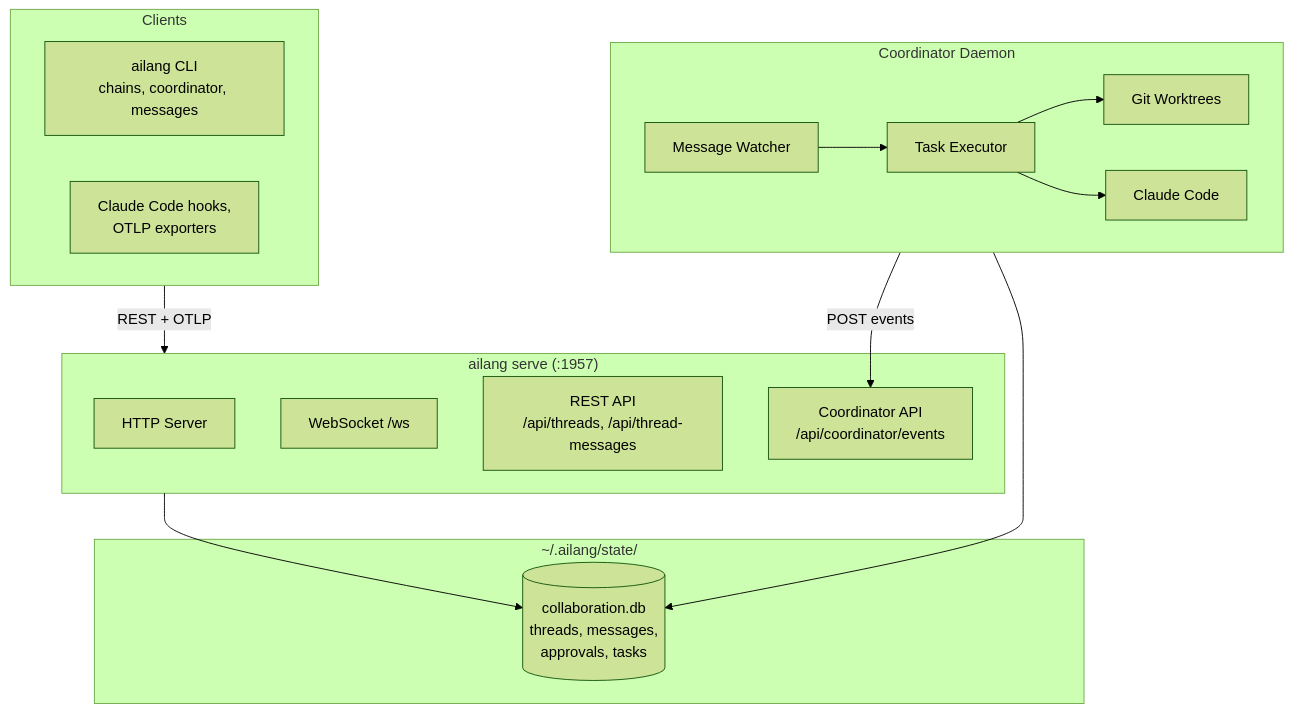
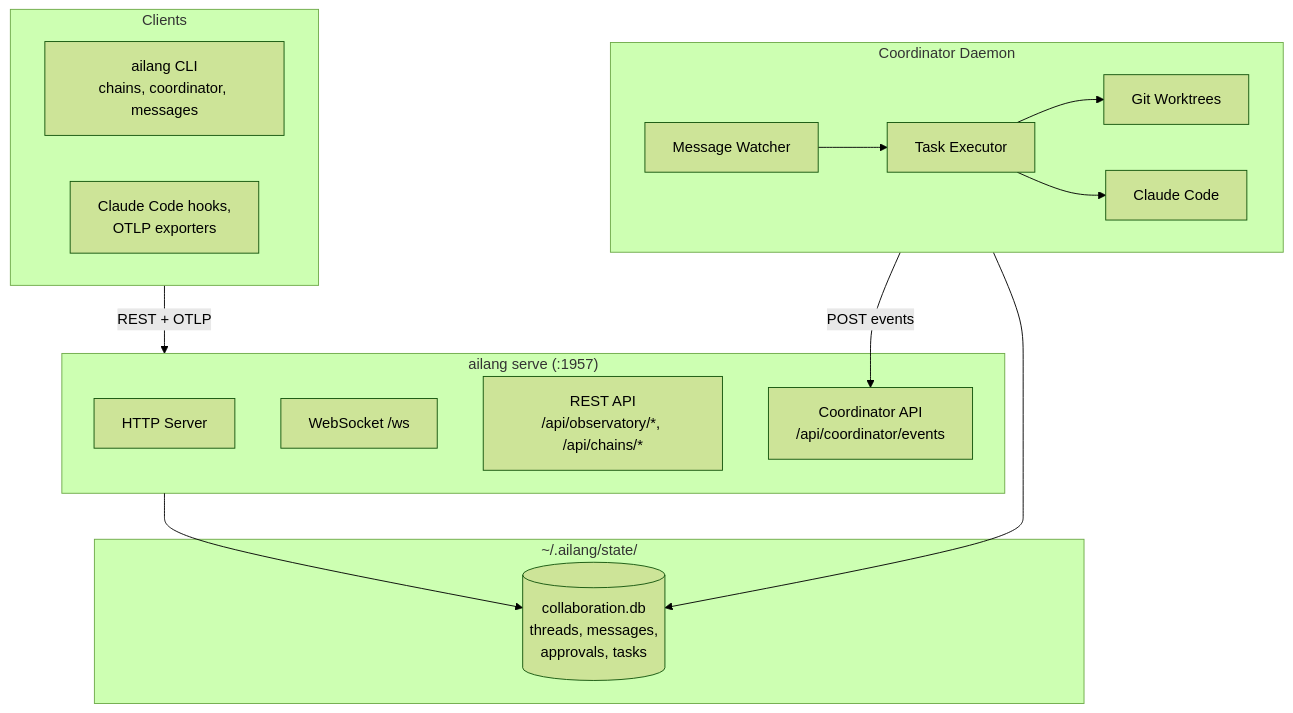
Before and after one commit to sunholo-data/ailang: the diagram in docs/docs/guides/collaboration-hub.md, drawn with Mermaid (forest theme). The commit also changed other lines of this file and 50 other files, not shown here.

````diff
--- a/docs/docs/guides/collaboration-hub.md
+++ b/docs/docs/guides/collaboration-hub.md
@@ -112,33 +112,33 @@
 ```mermaid
 flowchart TB
     subgraph Clients["Clients"]
         CLI["ailang CLI<br/>chains, coordinator, messages"]
         Hooks["Claude Code hooks,<br/>OTLP exporters"]
     end
 
     subgraph Server["ailang serve (:1957)"]
         HTTP["HTTP Server"]
         WS["WebSocket /ws"]
-        REST["REST API<br/>/api/threads, /api/thread-messages"]
+        REST["REST API<br/>/api/observatory/*, /api/chains/*"]
         CoordAPI["Coordinator API<br/>/api/coordinator/events"]
     end
 
     subgraph Storage["~/.ailang/state/"]
         DB[("collaboration.db<br/>threads, messages,<br/>approvals, tasks")]
     end
 
     subgraph Coordinator["Coordinator Daemon"]
         Watcher["Message Watcher"]
         Executor["Task Executor"]
         Worktrees["Git Worktrees"]
         AI["Claude Code"]
     end
 
     Clients -->|"REST + OTLP"| Server
     Server --> DB
     Coordinator -->|"POST events"| CoordAPI
     Coordinator --> DB
     Watcher --> Executor
     Executor --> Worktrees
     Executor --> AI
 ```
````
